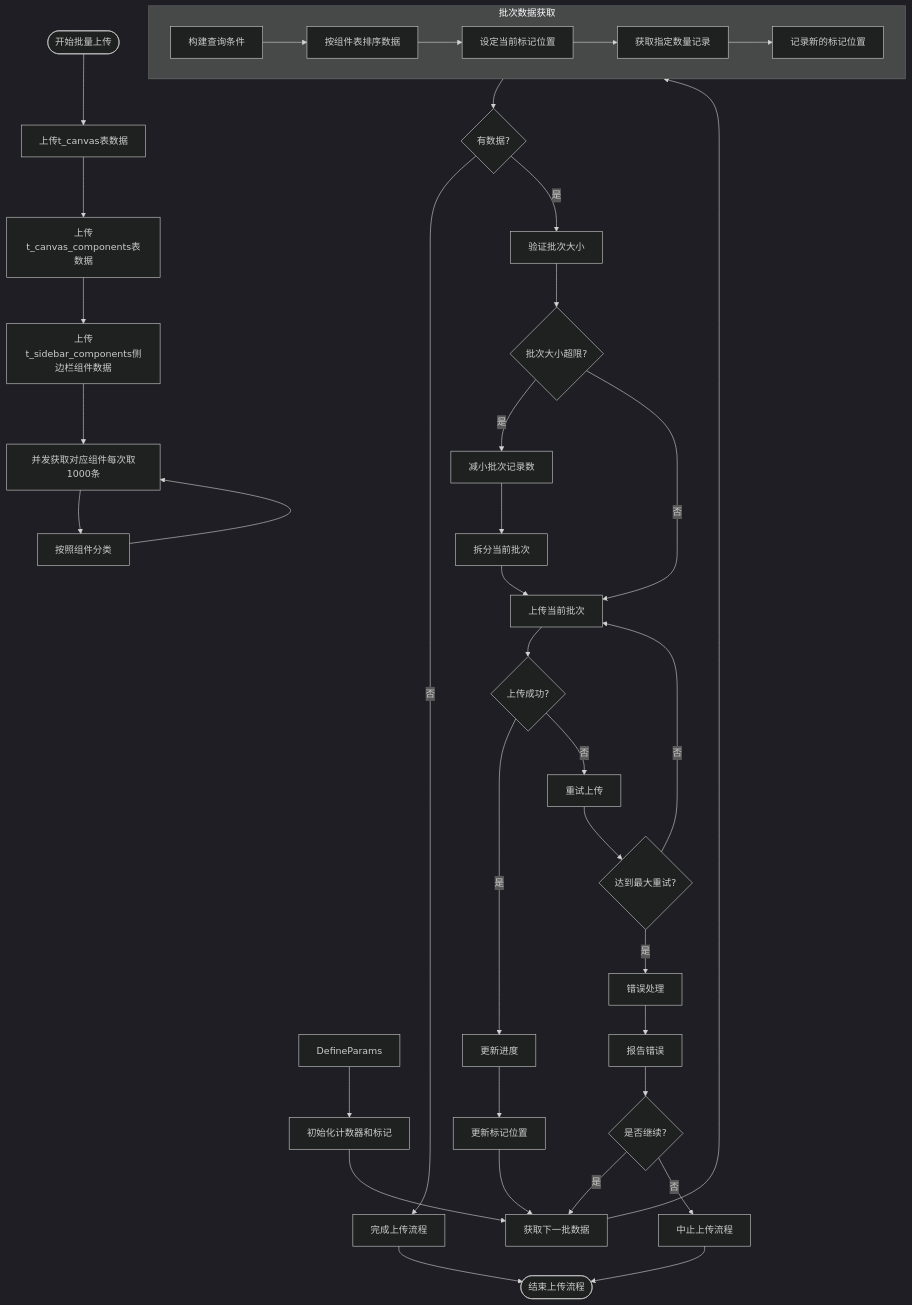
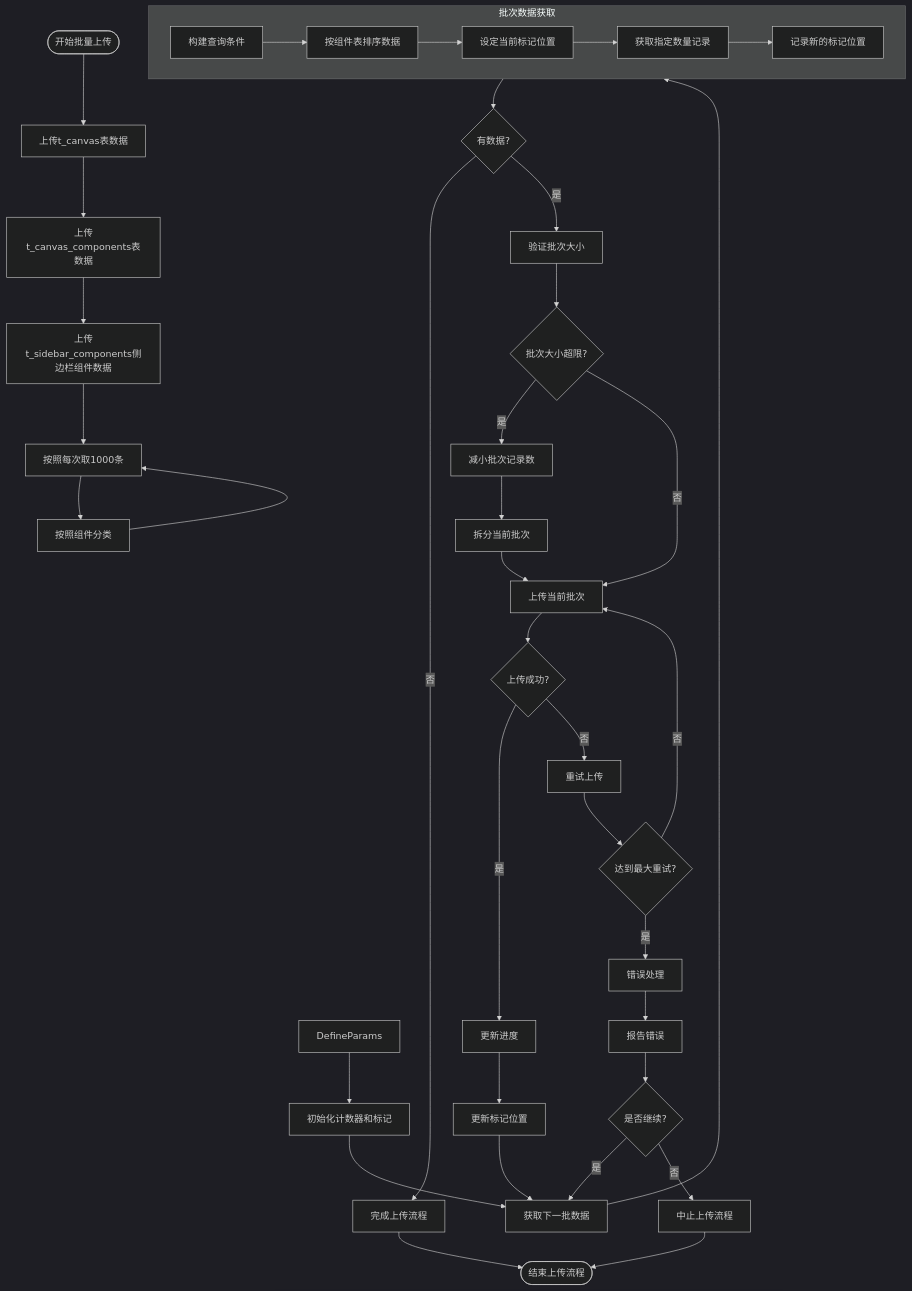
One commit to yingjianzh/iodraw-files changed the diagram in all/未命名-51.md. Above: the diagram before and after it, drawn with Mermaid (dark theme).

Commit message:
2025-05-08 17:27:35 update

````diff
--- a/all/未命名-51.md
+++ b/all/未命名-51.md
@@ -1,54 +1,54 @@
 ```mermaid
 flowchart TD
     Start([开始批量上传]) --> UploadSpaceData[上传t_canvas表数据]
     UploadSpaceData --> UploadComponentListData[上传t_canvas_components表数据]
     UploadComponentListData --> UploadSiderComponent[上传t_sidebar_components侧边栏组件数据]
     
     UploadSiderComponent --> UploadData[获取需要上传的组件/组件实例表]
 
     UploadData --> ClassifyData[按照组件分类]
 
-    ClassifyData --> UploadData[并发获取对应组件每次取1000条]
+    ClassifyData --> UploadData[按照每次取1000条]
     DefineParams --> InitCounters[初始化计数器和标记]
     
     InitCounters --> FetchNextBatch[获取下一批数据]
     
     subgraph BatchFetch [批次数据获取]
         A[构建查询条件] --> B[按组件表排序数据]
         B --> C[设定当前标记位置]
         C --> D[获取指定数量记录]
         D --> E[记录新的标记位置]
     end
     
     FetchNextBatch --> BatchFetch
     
     BatchFetch --> CheckResults{有数据?}
     CheckResults -->|否| CompleteUpload[完成上传流程]
     CheckResults -->|是| ValidateBatch[验证批次大小]
     
     ValidateBatch --> SizeTooLarge{批次大小超限?}
     SizeTooLarge -->|是| AdjustBatchSize[减小批次记录数]
     SizeTooLarge -->|否| UploadBatch[上传当前批次]
     
     AdjustBatchSize --> SplitBatch[拆分当前批次]
     SplitBatch --> UploadBatch
     
     UploadBatch --> UploadSuccess{上传成功?}
     UploadSuccess -->|是| UpdateProgress[更新进度]
     UploadSuccess -->|否| RetryUpload[重试上传]
     
     RetryUpload --> MaxRetries{达到最大重试?}
     MaxRetries -->|否| UploadBatch
     MaxRetries -->|是| ErrorHandling[错误处理]
     
     ErrorHandling --> ReportError[报告错误]
     ReportError --> ContinueOption{是否继续?}
     ContinueOption -->|是| FetchNextBatch
     ContinueOption -->|否| AbortProcess[中止上传流程]
     
     UpdateProgress --> UpdateMarker[更新标记位置]
     UpdateMarker --> FetchNextBatch
     
     CompleteUpload --> End([结束上传流程])
     AbortProcess --> End
 ```
````
